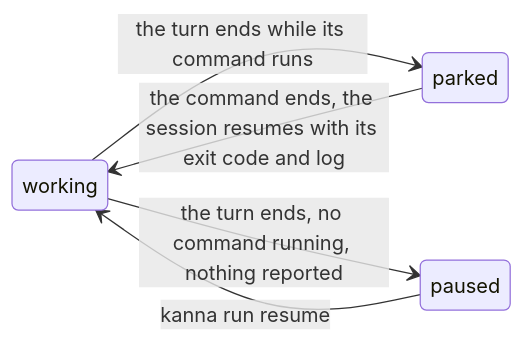
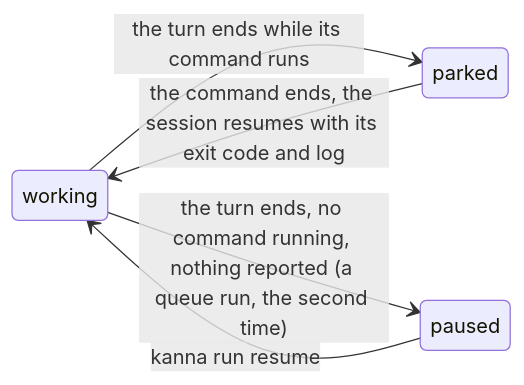
Before and after one commit to tampopogk/kanna: the second of 2 diagrams in docs/specs/run-commands.md, drawn with Mermaid. The commit also changed other lines of this file and 3 other files, not shown here.

Commit message:
Merge queue: only kanna run done ends a judgement; a judge whose turn ends with no verdict is carried on once to report before the entry needs you

````diff
--- a/docs/specs/run-commands.md
+++ b/docs/specs/run-commands.md
@@ -60,8 +60,8 @@
 ```mermaid
 stateDiagram-v2
     direction LR
     working --> parked: the turn ends while its command runs
     parked --> working: the command ends, the session resumes with its exit code and log
-    working --> paused: the turn ends, no command running, nothing reported
+    working --> paused: the turn ends, no command running, nothing reported (a queue run, the second time)
     paused --> working: kanna run resume
 ```
````
